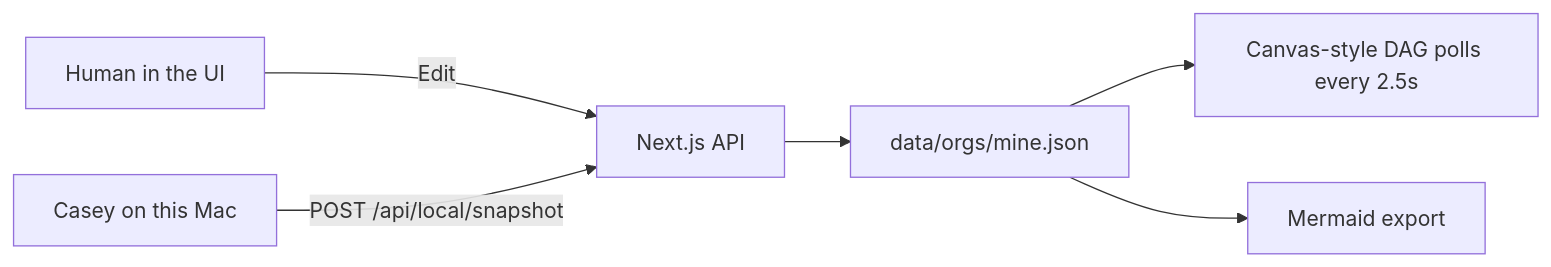
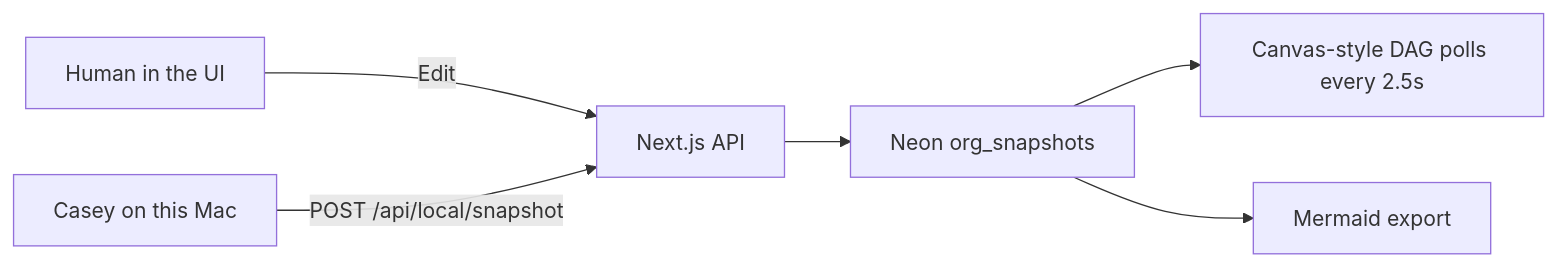
The diagram in ARCHITECTURE.md (supe-log/eye-of-grok), drawn with Mermaid before and after one commit. The commit also changed other lines of this file and 17 other files, not shown here.

Commit message:
Persist every org map in Neon so slugs survive leave, return, and multiple users.

````diff
--- a/ARCHITECTURE.md
+++ b/ARCHITECTURE.md
@@ -63,8 +63,8 @@
 ```mermaid
 flowchart LR
   Human[Human in the UI] -->|Edit| API
   Casey[Casey on this Mac] -->|POST /api/local/snapshot| API
-  API[Next.js API] --> Store[data/orgs/mine.json]
+  API[Next.js API] --> Store[Neon org_snapshots]
   Store --> Map[Canvas-style DAG polls every 2.5s]
   Store --> Mermaid[Mermaid export]
 ```
````
